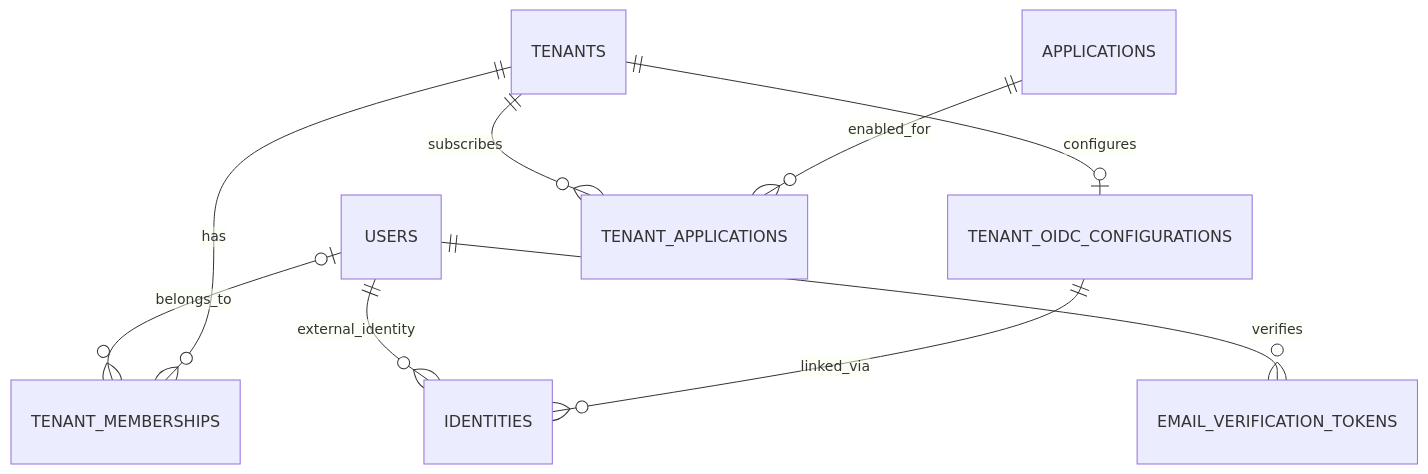
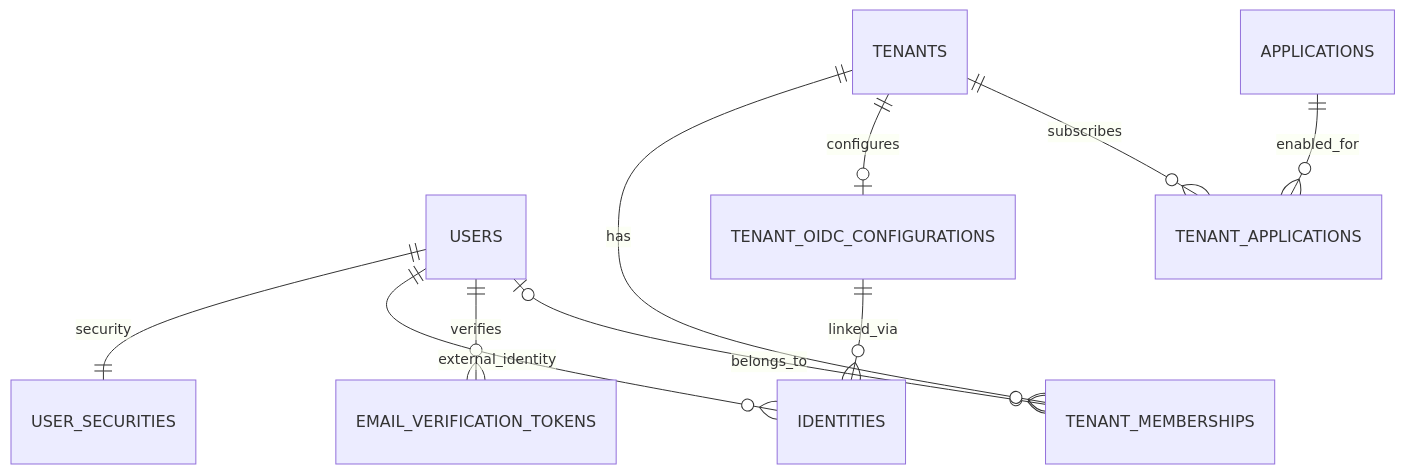
Before and after one commit to hyoungsookim/passport: the first of 2 diagrams in docs/DB_MODEL.md, drawn with Mermaid. The commit also changed other lines of this file and 2 other files, not shown here.

First line of the commit message:
Enhance API contract and DB model documentation for user security management

````diff
--- a/docs/DB_MODEL.md
+++ b/docs/DB_MODEL.md
@@ -130,11 +133,12 @@
 ```mermaid
 erDiagram
+    USERS ||--|| USER_SECURITIES : security
     USERS ||--o{ IDENTITIES : external_identity
     USERS ||--o{ EMAIL_VERIFICATION_TOKENS : verifies
     USERS |o--o{ TENANT_MEMBERSHIPS : belongs_to
     TENANTS ||--o{ TENANT_MEMBERSHIPS : has
     TENANTS ||--o| TENANT_OIDC_CONFIGURATIONS : configures
     TENANT_OIDC_CONFIGURATIONS ||--o{ IDENTITIES : linked_via
     TENANTS ||--o{ TENANT_APPLICATIONS : subscribes
     APPLICATIONS ||--o{ TENANT_APPLICATIONS : enabled_for
 ```
````
